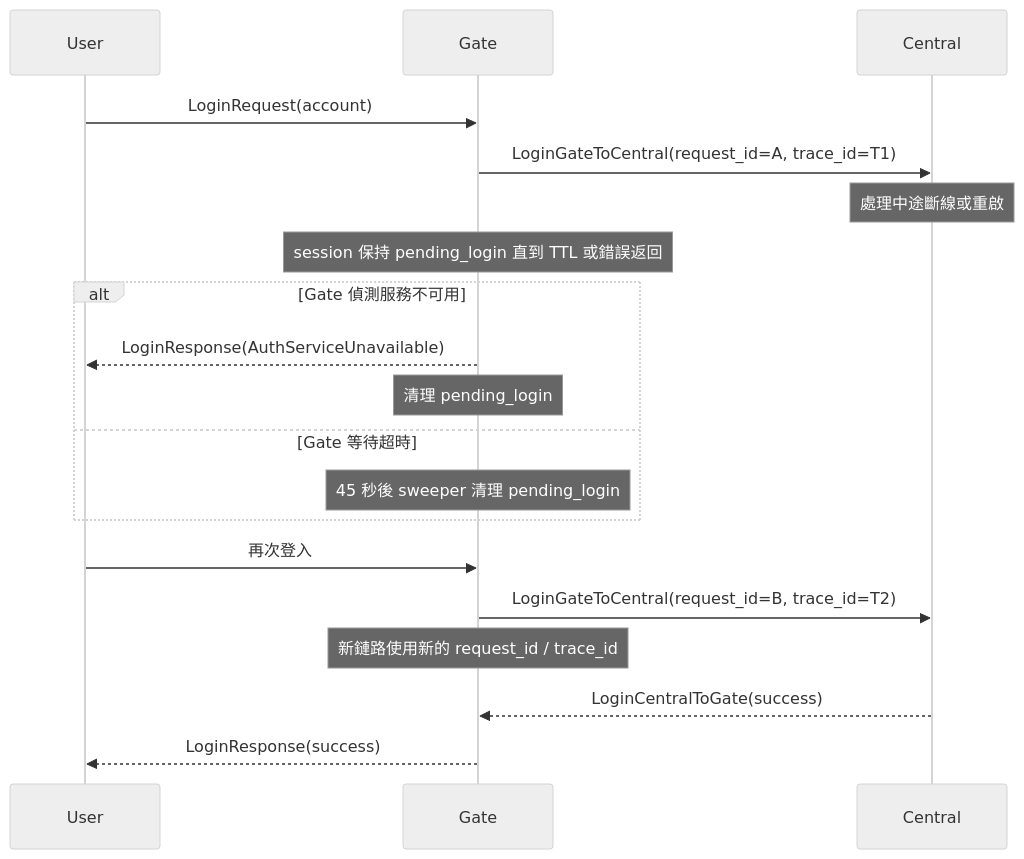
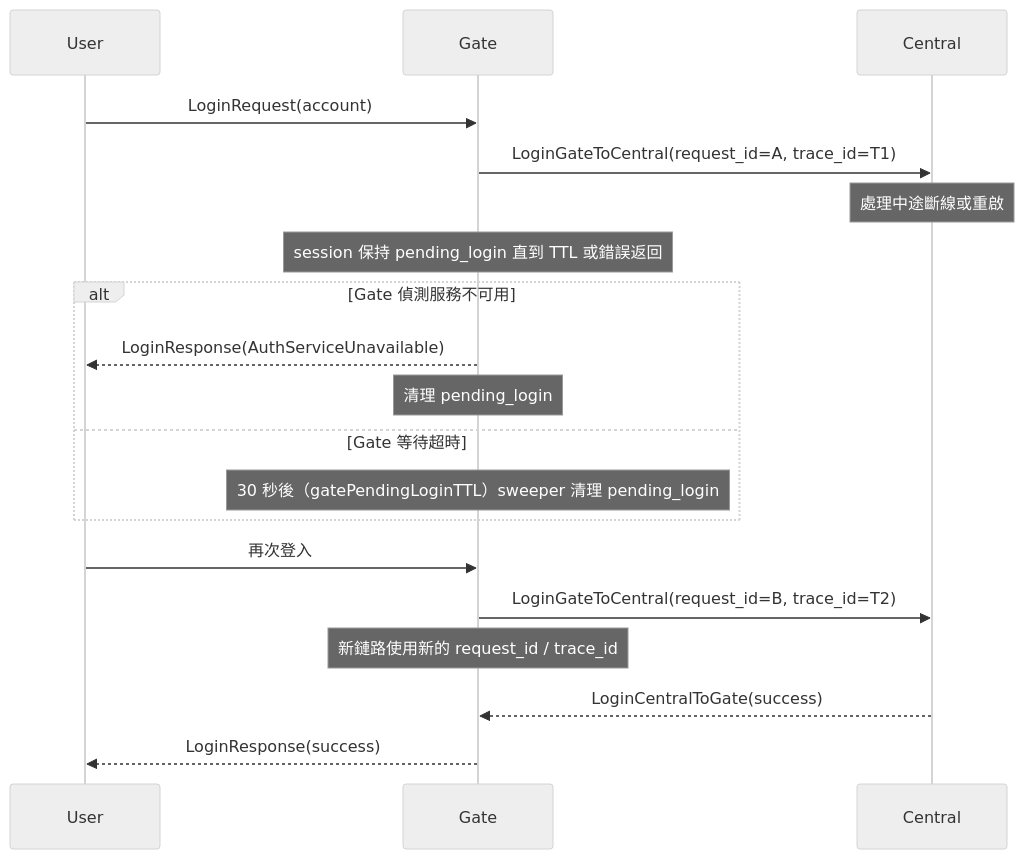
Before and after one commit to koebel0521/docs: the second of 8 diagrams in 10-核心流程/時序圖.md, drawn with Mermaid (neutral theme). The commit also changed other lines of this file, not shown here.

First line of the commit message:
docs: 時序圖對齊目前登入、登出與恢復校驗實作 (DC-M5)

````diff
--- a/10-核心流程/時序圖.md
+++ b/10-核心流程/時序圖.md
@@ -55,24 +57,24 @@
 ```mermaid
 sequenceDiagram
     participant U as User
     participant G as Gate
     participant C as Central
 
     U->>G: LoginRequest(account)
     G->>C: LoginGateToCentral(request_id=A, trace_id=T1)
     Note over C: 處理中途斷線或重啟
     Note over G: session 保持 pending_login 直到 TTL 或錯誤返回
 
     alt Gate 偵測服務不可用
         G-->>U: LoginResponse(AuthServiceUnavailable)
         Note over G: 清理 pending_login
     else Gate 等待超時
-        Note over G: 45 秒後 sweeper 清理 pending_login
+        Note over G: 30 秒後（gatePendingLoginTTL）sweeper 清理 pending_login
     end
 
     U->>G: 再次登入
     G->>C: LoginGateToCentral(request_id=B, trace_id=T2)
     Note over G: 新鏈路使用新的 request_id / trace_id
     C-->>G: LoginCentralToGate(success)
     G-->>U: LoginResponse(success)
 ```
````
